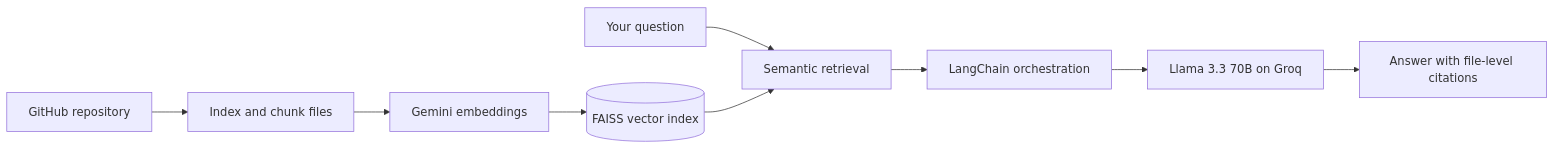
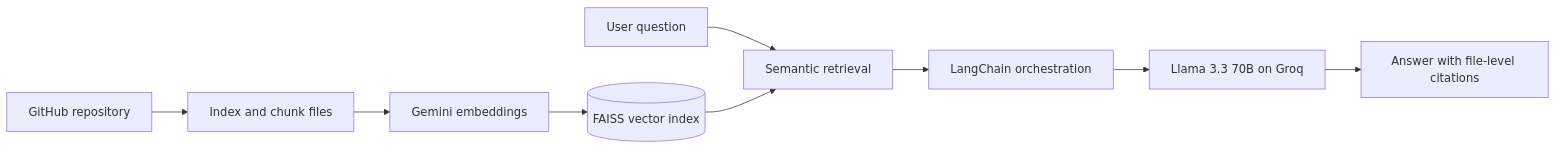
One commit to sapna71/sapna71 changed the diagram in README.md. Above: the diagram before and after it, drawn with Mermaid. The commit also changed other lines of this file, not shown here.

````diff
--- a/README.md
+++ b/README.md
@@ -79,11 +80,11 @@
 ```mermaid
 flowchart LR
     A[GitHub repository] --> B[Index and chunk files]
     B --> C[Gemini embeddings]
     C --> D[(FAISS vector index)]
-    Q[Your question] --> E[Semantic retrieval]
+    Q[User question] --> E[Semantic retrieval]
     D --> E
     E --> F[LangChain orchestration]
     F --> G[Llama 3.3 70B on Groq]
     G --> H[Answer with file-level citations]
 ```
````
